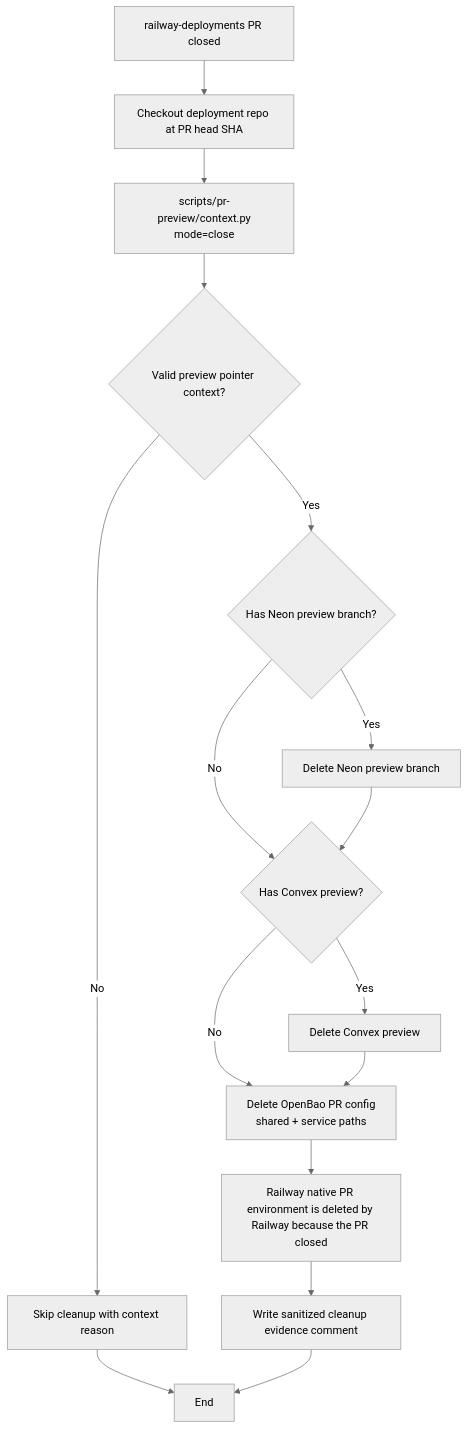
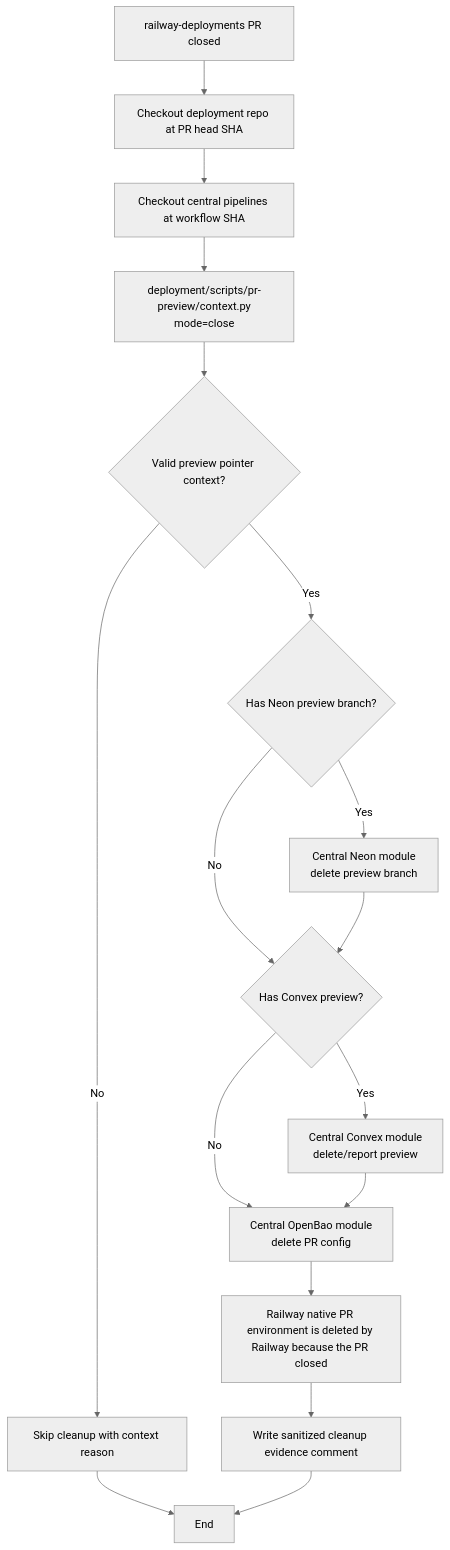
One commit to Limitless-Enterprise/pipelines changed the sixth of 7 diagrams in docs/pr-preview-pipelines.md. Above: the diagram before and after it, drawn with Mermaid (neutral theme). The commit also changed other lines of this file and 11 other files, not shown here.

````diff
--- a/docs/pr-preview-pipelines.md
+++ b/docs/pr-preview-pipelines.md
@@ -250,18 +255,19 @@
 ```mermaid
 flowchart TD
   DeploymentPRClosed["railway-deployments PR closed"] --> CheckoutDeployment["Checkout deployment repo at PR head SHA"]
-  CheckoutDeployment --> Context["scripts/pr-preview/context.py\nmode=close"]
+  CheckoutDeployment --> CheckoutPipelines["Checkout central pipelines at workflow SHA"]
+  CheckoutPipelines --> Context["deployment/scripts/pr-preview/context.py\nmode=close"]
   Context --> ShouldRun{"Valid preview pointer context?"}
   ShouldRun -->|No| Skip["Skip cleanup with context reason"]
   ShouldRun -->|Yes| NeonGate{"Has Neon preview branch?"}
-  NeonGate -->|Yes| DeleteNeon["Delete Neon preview branch"]
+  NeonGate -->|Yes| DeleteNeon["Central Neon module\ndelete preview branch"]
   NeonGate -->|No| ConvexGate
   DeleteNeon --> ConvexGate{"Has Convex preview?"}
-  ConvexGate -->|Yes| DeleteConvex["Delete Convex preview"]
+  ConvexGate -->|Yes| DeleteConvex["Central Convex module\ndelete/report preview"]
   ConvexGate -->|No| DeleteOpenBao
-  DeleteConvex --> DeleteOpenBao["Delete OpenBao PR config\nshared + service paths"]
+  DeleteConvex --> DeleteOpenBao["Central OpenBao module\ndelete PR config"]
   DeleteOpenBao --> RailwayNative["Railway native PR environment is deleted by Railway because the PR closed"]
   RailwayNative --> Evidence["Write sanitized cleanup evidence comment"]
   Skip --> End["End"]
   Evidence --> End
 ```
````
